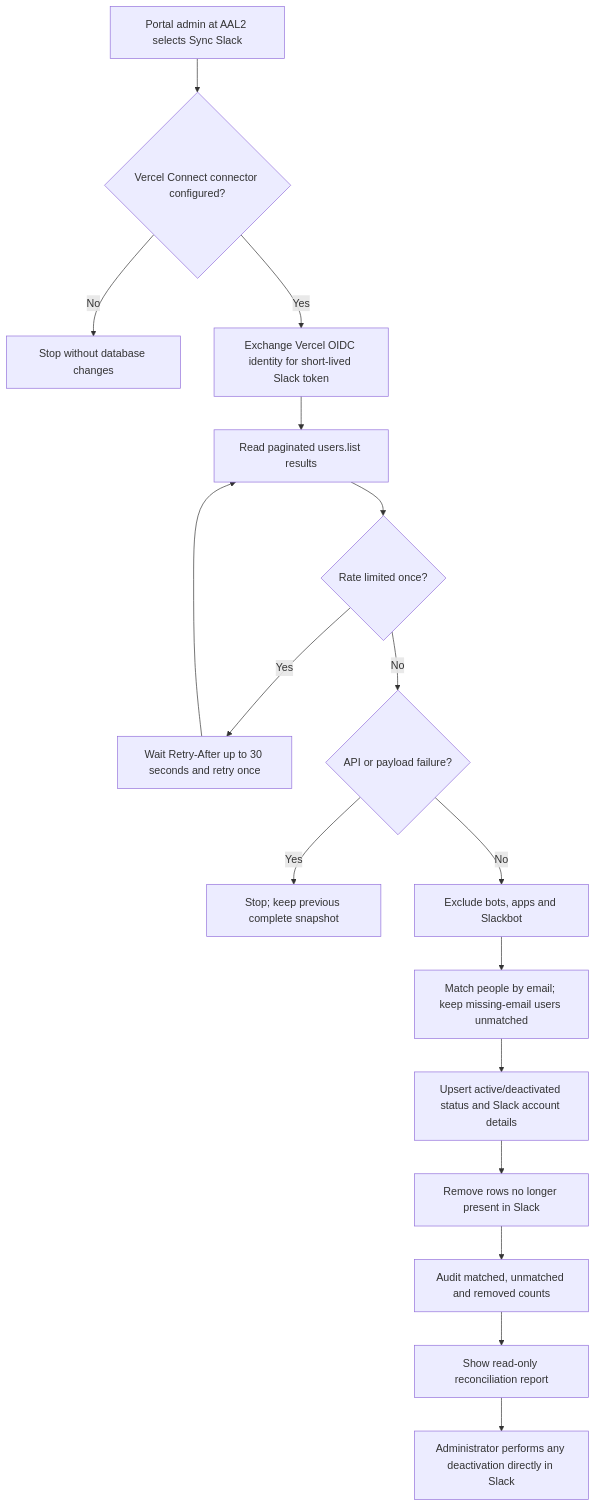
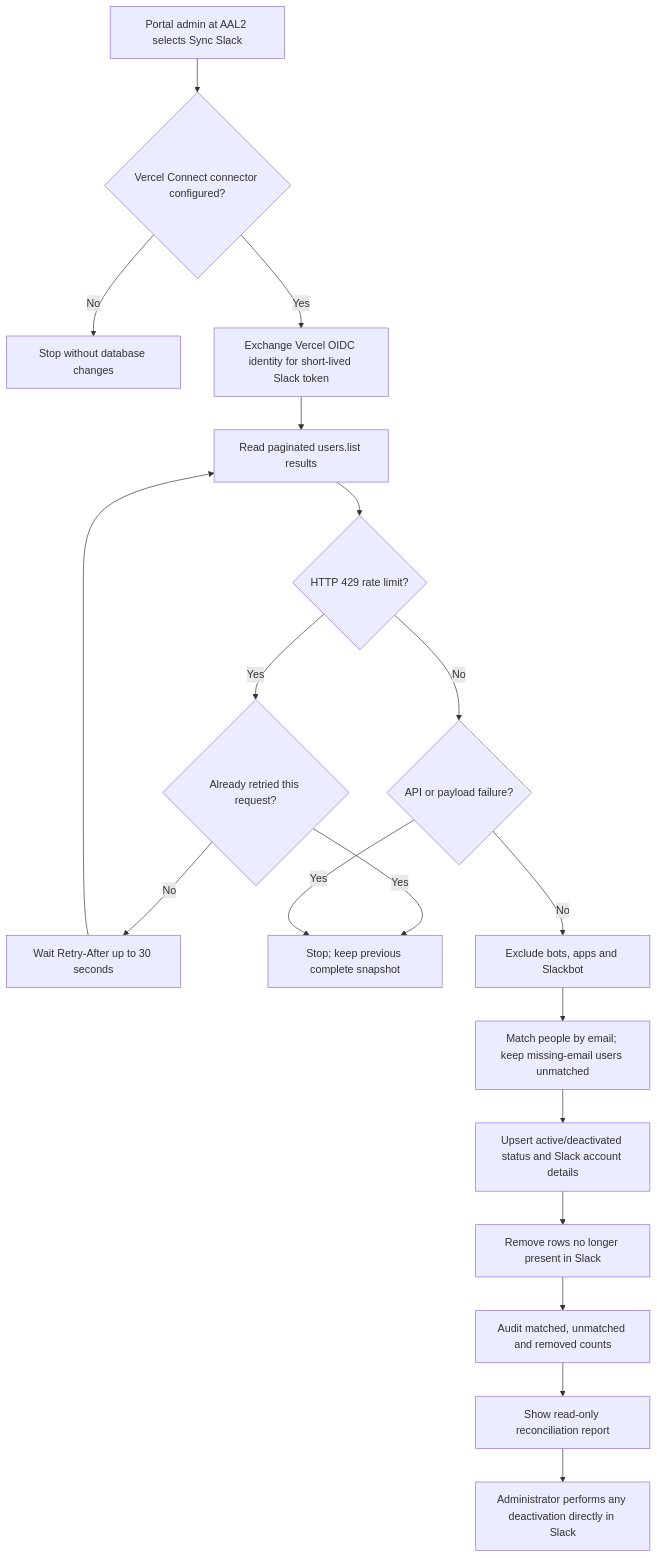
Before and after one commit to NORSTEC/intranet: the third of 4 diagrams in docs/flows/integrations-and-notifications.md, drawn with Mermaid. The commit also changed 21 other files, not shown here.

````diff
--- a/docs/flows/integrations-and-notifications.md
+++ b/docs/flows/integrations-and-notifications.md
@@ -51,19 +51,21 @@
 ```mermaid
 flowchart TD
     A["Portal admin at AAL2 selects Sync Slack"] --> B{"Vercel Connect connector configured?"}
     B -- "No" --> X1["Stop without database changes"]
     B -- "Yes" --> C["Exchange Vercel OIDC identity for short-lived Slack token"]
     C --> D["Read paginated users.list results"]
-    D --> E{"Rate limited once?"}
-    E -- "Yes" --> F["Wait Retry-After up to 30 seconds and retry once"]
-    F --> D
+    D --> E{"HTTP 429 rate limit?"}
+    E -- "Yes" --> F{"Already retried this request?"}
+    F -- "No" --> F2["Wait Retry-After up to 30 seconds"]
+    F2 --> D
+    F -- "Yes" --> X2
     E -- "No" --> G{"API or payload failure?"}
     G -- "Yes" --> X2["Stop; keep previous complete snapshot"]
     G -- "No" --> H["Exclude bots, apps and Slackbot"]
     H --> I["Match people by email; keep missing-email users unmatched"]
     I --> J["Upsert active/deactivated status and Slack account details"]
     J --> K["Remove rows no longer present in Slack"]
     K --> L["Audit matched, unmatched and removed counts"]
     L --> M["Show read-only reconciliation report"]
     M --> N["Administrator performs any deactivation directly in Slack"]
 ```
````
